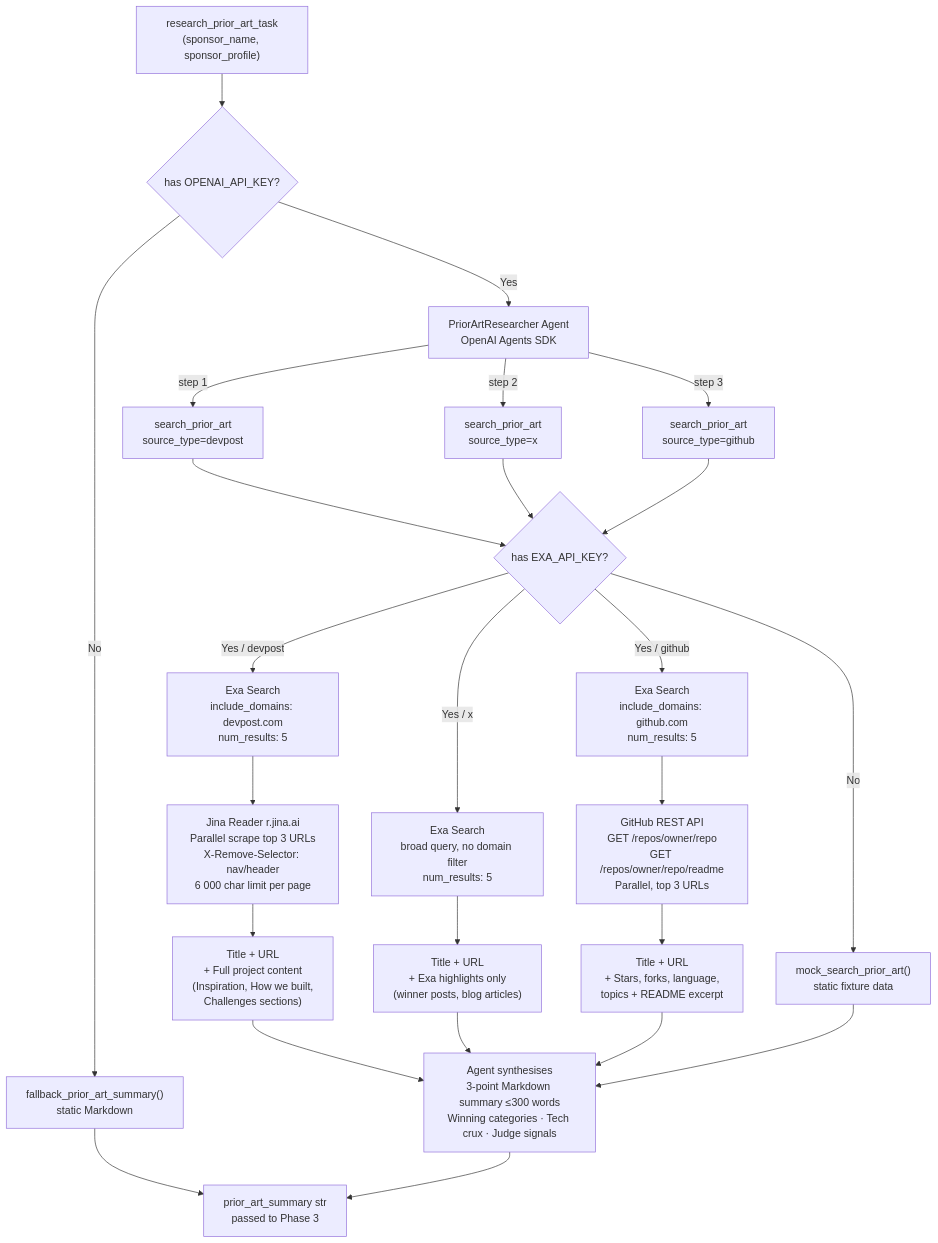
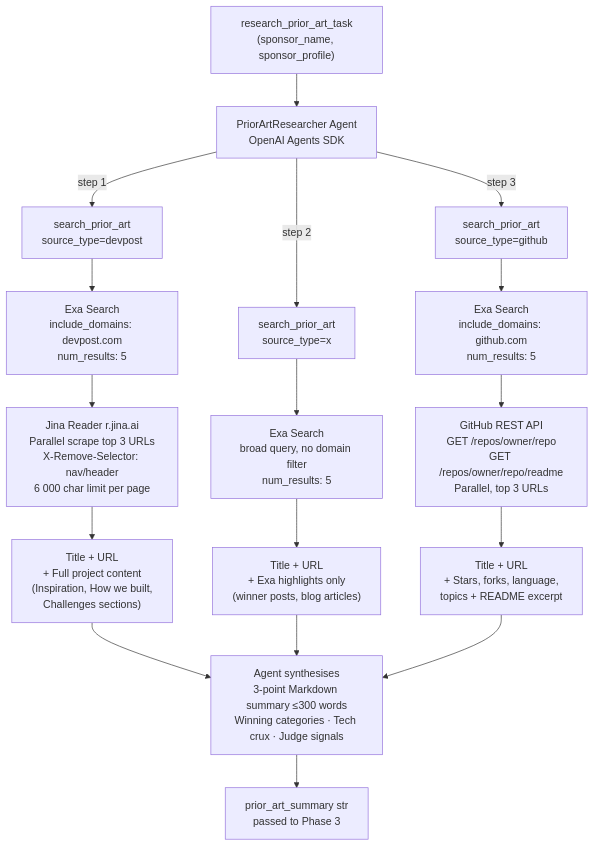
The second of 3 diagrams in backend/README.md (6felix9/open-research), drawn with Mermaid before and after one commit. The commit also changed other lines of this file, not shown here.

````diff
--- a/backend/README.md
+++ b/backend/README.md
@@ -152,30 +164,22 @@
 ```mermaid
 graph TD
-    Task["research_prior_art_task\n(sponsor_name, sponsor_profile)"] --> APICheck{"has OPENAI_API_KEY?"}
-    APICheck -- No --> FallbackSummary["fallback_prior_art_summary()\nstatic Markdown"]
-
-    APICheck -- Yes --> Agent["PriorArtResearcher Agent\nOpenAI Agents SDK"]
+    Task["research_prior_art_task\n(sponsor_name, sponsor_profile)"] --> Agent["PriorArtResearcher Agent\nOpenAI Agents SDK"]
 
     Agent -->|"step 1"| ToolDevpost["search_prior_art\nsource_type=devpost"]
     Agent -->|"step 2"| ToolX["search_prior_art\nsource_type=x"]
     Agent -->|"step 3"| ToolGithub["search_prior_art\nsource_type=github"]
 
-    ToolDevpost & ToolX & ToolGithub --> ExaCheck{"has EXA_API_KEY?"}
-
-    ExaCheck -- No --> Mock["mock_search_prior_art()\nstatic fixture data"]
-
-    ExaCheck -- "Yes / devpost" --> ExaDevpost["Exa Search\ninclude_domains: devpost.com\nnum_results: 5"]
+    ToolDevpost --> ExaDevpost["Exa Search\ninclude_domains: devpost.com\nnum_results: 5"]
     ExaDevpost --> Jina["Jina Reader r.jina.ai\nParallel scrape top 3 URLs\nX-Remove-Selector: nav/header\n6 000 char limit per page"]
     Jina --> DevpostOut["Title + URL\n+ Full project content\n(Inspiration, How we built,\nChallenges sections)"]
 
-    ExaCheck -- "Yes / x" --> ExaX["Exa Search\nbroad query, no domain filter\nnum_results: 5"]
+    ToolX --> ExaX["Exa Search\nbroad query, no domain filter\nnum_results: 5"]
     ExaX --> XOut["Title + URL\n+ Exa highlights only\n(winner posts, blog articles)"]
 
-    ExaCheck -- "Yes / github" --> ExaGithub["Exa Search\ninclude_domains: github.com\nnum_results: 5"]
+    ToolGithub --> ExaGithub["Exa Search\ninclude_domains: github.com\nnum_results: 5"]
     ExaGithub --> GithubAPI["GitHub REST API\nGET /repos/owner/repo\nGET /repos/owner/repo/readme\nParallel, top 3 URLs"]
     GithubAPI --> GithubOut["Title + URL\n+ Stars, forks, language,\ntopics + README excerpt"]
 
-    DevpostOut & XOut & GithubOut & Mock --> Synthesis["Agent synthesises\n3-point Markdown summary ≤300 words\nWinning categories · Tech crux · Judge signals"]
-    FallbackSummary --> PriorArtOut["prior_art_summary str\npassed to Phase 3"]
-    Synthesis --> PriorArtOut
+    DevpostOut & XOut & GithubOut --> Synthesis["Agent synthesises\n3-point Markdown summary ≤300 words\nWinning categories · Tech crux · Judge signals"]
+    Synthesis --> PriorArtOut["prior_art_summary str\npassed to Phase 3"]
 ```
````
